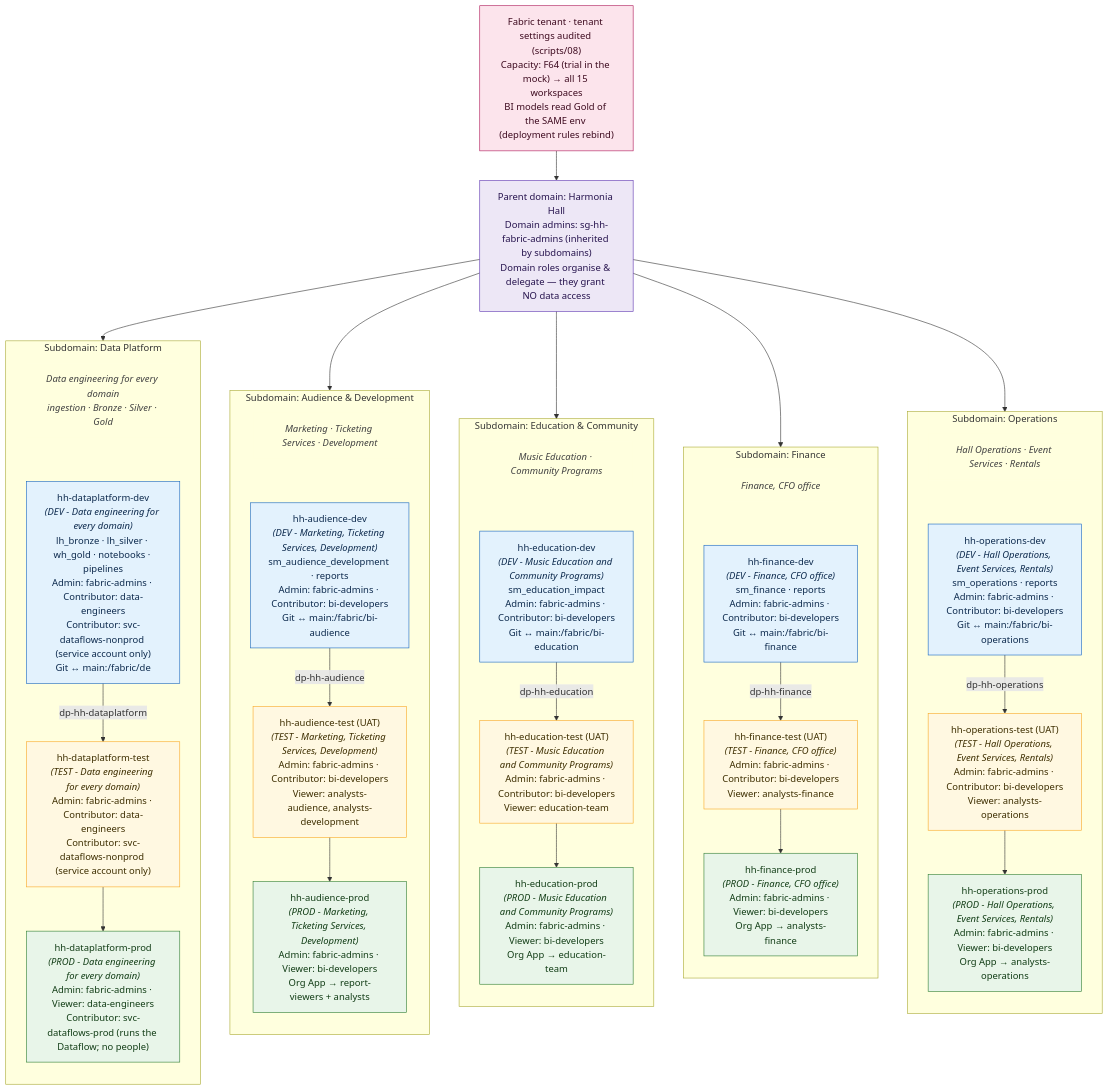
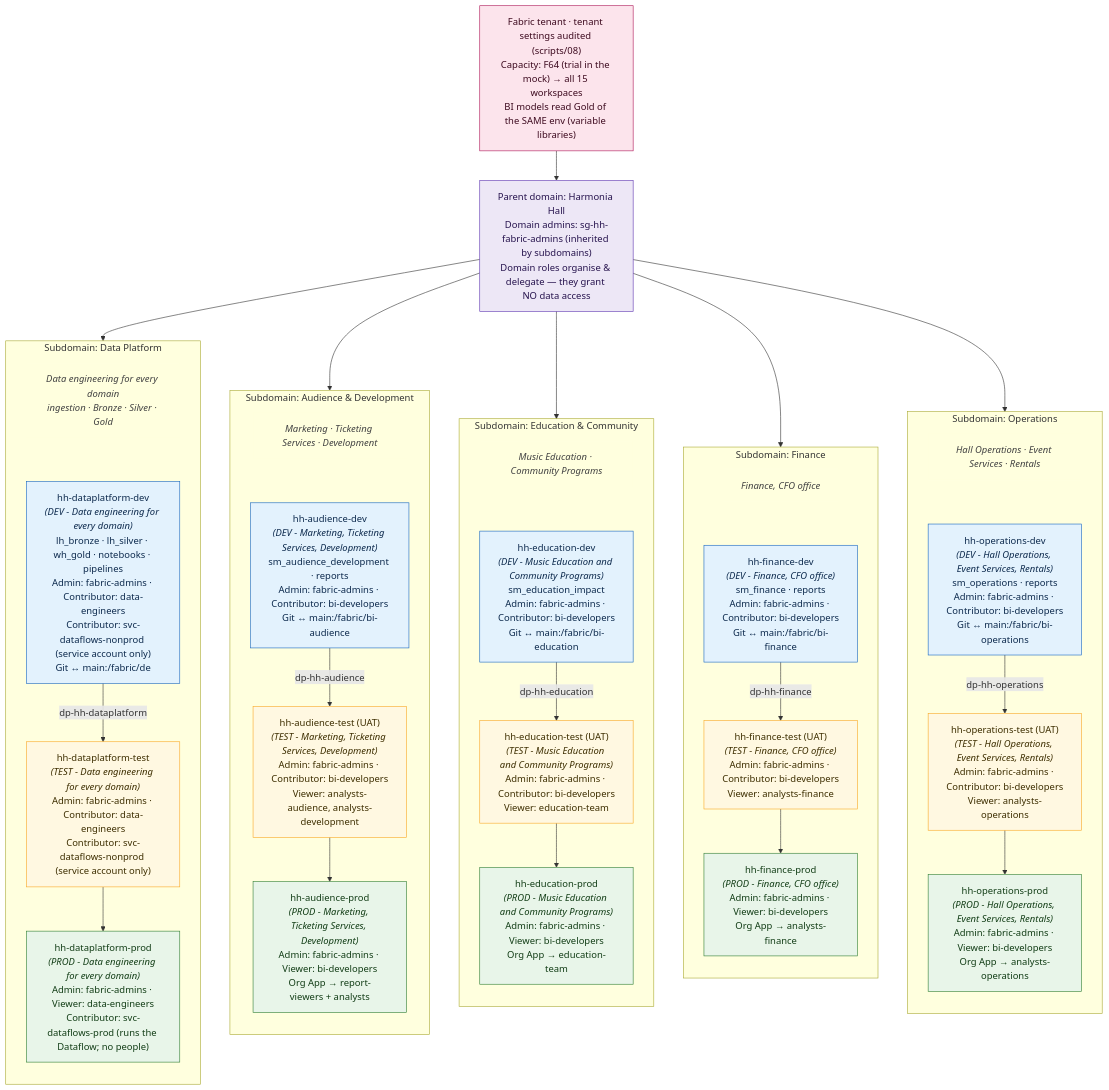
The diagram in docs/diagrams/src/02-tenant-topology.mmd (musatouray/performing-arts-audience-development-platform), drawn with Mermaid before and after one commit. The commit also changed 25 other files, not shown here.

Commit message:
Final docs: operator manual, README, specs and diagrams updated, stale files removed

```diff
--- a/docs/diagrams/src/02-tenant-topology.mmd
+++ b/docs/diagrams/src/02-tenant-topology.mmd
@@ -1,59 +1,59 @@
 %% Tenant topology: domains organise; WORKSPACE roles grant access
 flowchart TB
   classDef dom fill:#EDE7F6,stroke:#5E35B1,color:#26134D
   classDef dev fill:#E3F2FD,stroke:#1565C0,color:#0D2A4D
   classDef test fill:#FFF8E1,stroke:#F9A825,color:#3D2E00
   classDef prod fill:#E8F5E9,stroke:#2E7D32,color:#123D16
   classDef cap fill:#FCE4EC,stroke:#AD1457,color:#3D0A1F
   classDef serves fill:#FFFFDE,stroke:#FFFFDE,color:#424242,font-style:italic
 
-  TEN["Fabric tenant · tenant settings audited (scripts/08)<br/>Capacity: F64 (trial in the mock) → all 15 workspaces<br/>BI models read Gold of the SAME env (deployment rules rebind)"]:::cap
+  TEN["Fabric tenant · tenant settings audited (scripts/08)<br/>Capacity: F64 (trial in the mock) → all 15 workspaces<br/>BI models read Gold of the SAME env (variable libraries)"]:::cap
   ORG["Parent domain: Harmonia Hall<br/>Domain admins: sg-hh-fabric-admins (inherited by subdomains)<br/>Domain roles organise & delegate — they grant NO data access"]:::dom
   TEN --> ORG
 
   subgraph D1["Subdomain: Data Platform"]
     direction TB
     HD1["Data engineering for every domain<br/>ingestion · Bronze · Silver · Gold"]:::serves
     HD1 ~~~ W1D
     W1D["hh-dataplatform-dev<br/><i>(DEV - Data engineering for every domain)</i><br/>lh_bronze · lh_silver · wh_gold · notebooks · pipelines<br/>Admin: fabric-admins · Contributor: data-engineers<br/>Contributor: svc-dataflows-nonprod (service account only)<br/>Git ↔ main:/fabric/de"]:::dev
     W1T["hh-dataplatform-test<br/><i>(TEST - Data engineering for every domain)</i><br/>Admin: fabric-admins · Contributor: data-engineers<br/>Contributor: svc-dataflows-nonprod (service account only)"]:::test
     W1P["hh-dataplatform-prod<br/><i>(PROD - Data engineering for every domain)</i><br/>Admin: fabric-admins · Viewer: data-engineers<br/>Contributor: svc-dataflows-prod (runs the Dataflow; no people)"]:::prod
     W1D -- "dp-hh-dataplatform" --> W1T --> W1P
   end
   subgraph D2["Subdomain: Audience & Development"]
     direction TB
     HD2["Marketing · Ticketing Services · Development"]:::serves
     HD2 ~~~ W2D
     W2D["hh-audience-dev<br/><i>(DEV - Marketing, Ticketing Services, Development)</i><br/>sm_audience_development · reports<br/>Admin: fabric-admins · Contributor: bi-developers<br/>Git ↔ main:/fabric/bi-audience"]:::dev
     W2T["hh-audience-test (UAT)<br/><i>(TEST - Marketing, Ticketing Services, Development)</i><br/>Admin: fabric-admins · Contributor: bi-developers<br/>Viewer: analysts-audience, analysts-development"]:::test
     W2P["hh-audience-prod<br/><i>(PROD - Marketing, Ticketing Services, Development)</i><br/>Admin: fabric-admins · Viewer: bi-developers<br/>Org App → report-viewers + analysts"]:::prod
     W2D -- "dp-hh-audience" --> W2T --> W2P
   end
   subgraph D3["Subdomain: Education & Community"]
     direction TB
     HD3["Music Education · Community Programs"]:::serves
     HD3 ~~~ W3D
     W3D["hh-education-dev<br/><i>(DEV - Music Education and Community Programs)</i><br/>sm_education_impact<br/>Admin: fabric-admins · Contributor: bi-developers<br/>Git ↔ main:/fabric/bi-education"]:::dev
     W3T["hh-education-test (UAT)<br/><i>(TEST - Music Education and Community Programs)</i><br/>Admin: fabric-admins · Contributor: bi-developers<br/>Viewer: education-team"]:::test
     W3P["hh-education-prod<br/><i>(PROD - Music Education and Community Programs)</i><br/>Admin: fabric-admins · Viewer: bi-developers<br/>Org App → education-team"]:::prod
     W3D -- "dp-hh-education" --> W3T --> W3P
   end
   subgraph D4["Subdomain: Finance"]
     direction TB
     HD4["Finance, CFO office"]:::serves
     HD4 ~~~ W4D
     W4D["hh-finance-dev<br/><i>(DEV - Finance, CFO office)</i><br/>sm_finance · reports<br/>Admin: fabric-admins · Contributor: bi-developers<br/>Git ↔ main:/fabric/bi-finance"]:::dev
     W4T["hh-finance-test (UAT)<br/><i>(TEST - Finance, CFO office)</i><br/>Admin: fabric-admins · Contributor: bi-developers<br/>Viewer: analysts-finance"]:::test
     W4P["hh-finance-prod<br/><i>(PROD - Finance, CFO office)</i><br/>Admin: fabric-admins · Viewer: bi-developers<br/>Org App → analysts-finance"]:::prod
     W4D -- "dp-hh-finance" --> W4T --> W4P
   end
   subgraph D5["Subdomain: Operations"]
     direction TB
     HD5["Hall Operations · Event Services · Rentals"]:::serves
     HD5 ~~~ W5D
     W5D["hh-operations-dev<br/><i>(DEV - Hall Operations, Event Services, Rentals)</i><br/>sm_operations · reports<br/>Admin: fabric-admins · Contributor: bi-developers<br/>Git ↔ main:/fabric/bi-operations"]:::dev
     W5T["hh-operations-test (UAT)<br/><i>(TEST - Hall Operations, Event Services, Rentals)</i><br/>Admin: fabric-admins · Contributor: bi-developers<br/>Viewer: analysts-operations"]:::test
     W5P["hh-operations-prod<br/><i>(PROD - Hall Operations, Event Services, Rentals)</i><br/>Admin: fabric-admins · Viewer: bi-developers<br/>Org App → analysts-operations"]:::prod
     W5D -- "dp-hh-operations" --> W5T --> W5P
   end
   ORG --> D1 & D2 & D3 & D4 & D5
```
